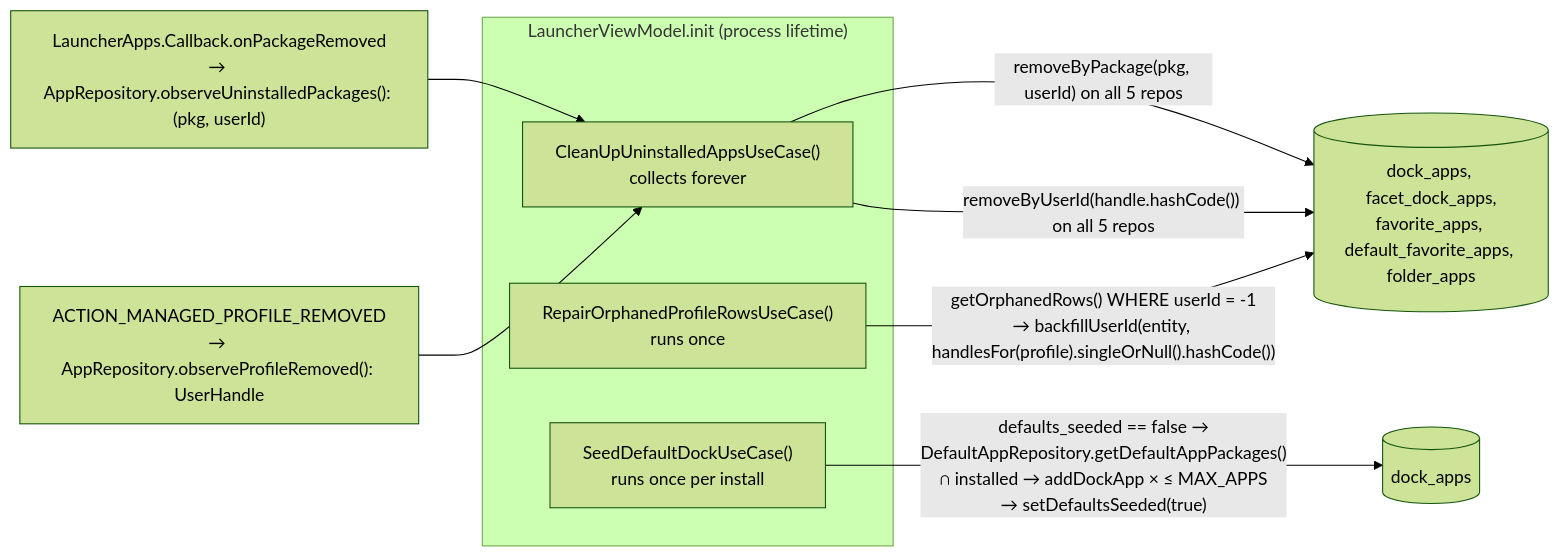
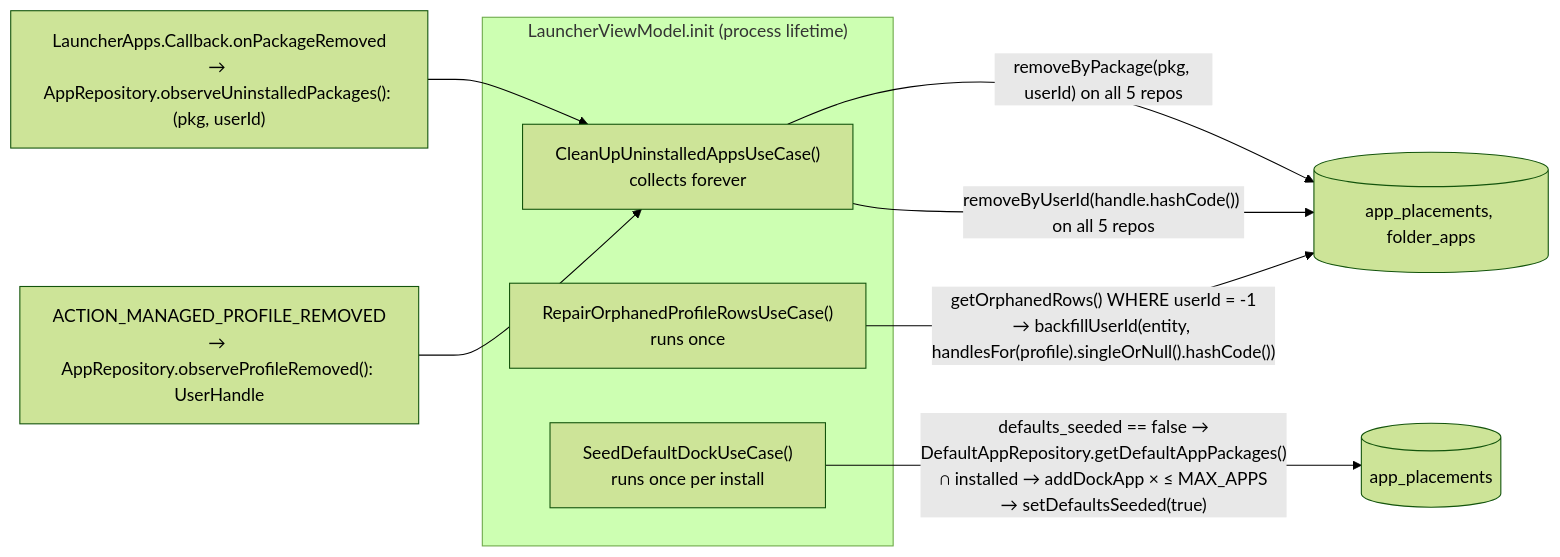
One commit to rohitganjam/facet-launcher changed the third of 3 diagrams in docs/architecture/08-flow-placements.md. Above: the diagram before and after it, drawn with Mermaid (forest theme). The commit also changed other lines of this file and 78 other files, not shown here.

First line of the commit message:
Fold the eight Dock/Favorites tables into app_placements and folder_placements (schema v28)

````diff
--- a/docs/architecture/08-flow-placements.md
+++ b/docs/architecture/08-flow-placements.md
@@ -80,14 +81,14 @@
 ```mermaid
 flowchart LR
     subgraph LVM["LauncherViewModel.init (process lifetime)"]
         A["CleanUpUninstalledAppsUseCase()\ncollects forever"]
         B["RepairOrphanedProfileRowsUseCase()\nruns once"]
         C["SeedDefaultDockUseCase()\nruns once per install"]
     end
     OS1["LauncherApps.Callback.onPackageRemoved\n→ AppRepository.observeUninstalledPackages(): (pkg, userId)"] --> A
     OS2["ACTION_MANAGED_PROFILE_REMOVED\n→ AppRepository.observeProfileRemoved(): UserHandle"] --> A
-    A -- "removeByPackage(pkg, userId) on all 5 repos" --> T1[(dock_apps, facet_dock_apps,\nfavorite_apps, default_favorite_apps, folder_apps)]
+    A -- "removeByPackage(pkg, userId) on all 5 repos" --> T1[(app_placements, folder_apps)]
     A -- "removeByUserId(handle.hashCode()) on all 5 repos" --> T1
     B -- "getOrphanedRows() WHERE userId = -1\n→ backfillUserId(entity, handlesFor(profile).singleOrNull().hashCode())" --> T1
-    C -- "defaults_seeded == false →\nDefaultAppRepository.getDefaultAppPackages()\n∩ installed → addDockApp × ≤ MAX_APPS\n→ setDefaultsSeeded(true)" --> T2[(dock_apps)]
+    C -- "defaults_seeded == false →\nDefaultAppRepository.getDefaultAppPackages()\n∩ installed → addDockApp × ≤ MAX_APPS\n→ setDefaultsSeeded(true)" --> T2[(app_placements)]
 ```
````
